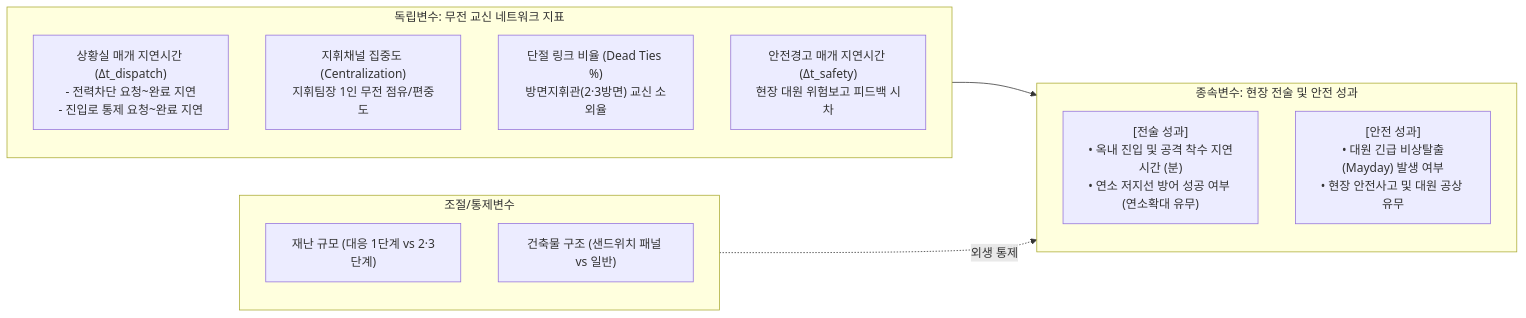
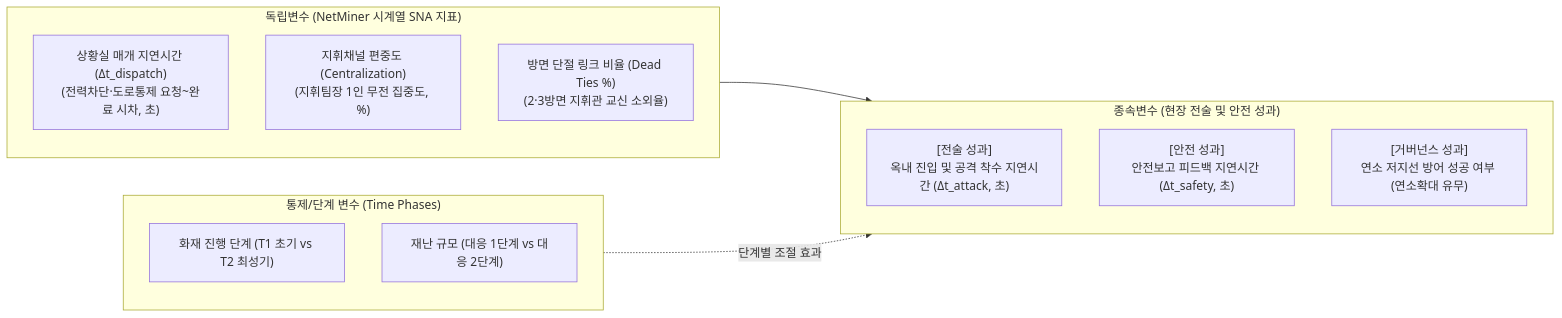
One commit to skang88/SNA changed the third of 4 diagrams in 소방_SNA_수업_연구계획서.md. Above: the diagram before and after it, drawn with Mermaid. The commit also changed other lines of this file and 2 other files, not shown here.

Commit message:
docs: 교재 제7장(Almquist et al., 2017) 벤치마킹 기반 소방 관제로그 시계열 SNA 연구계획서 개작 및 HTML 렌더링 오류 수정

````diff
--- a/소방_SNA_수업_연구계획서.md
+++ b/소방_SNA_수업_연구계획서.md
@@ -101,22 +107,22 @@
 ```mermaid
 flowchart LR
-    subgraph Independent["독립변수: 무전 교신 네트워크 지표"]
-        X1["상황실 매개 지연시간 (Δt_dispatch)<br/>- 전력차단 요청~완료 지연<br/>- 진입로 통제 요청~완료 지연"]
-        X2["지휘채널 집중도 (Centralization)<br/>지휘팀장 1인 무전 점유/편중도"]
-        X3["단절 링크 비율 (Dead Ties %)<br/>방면지휘관(2·3방면) 교신 소외율"]
-        X4["안전경고 매개 지연시간 (Δt_safety)<br/>현장 대원 위험보고 피드백 시차"]
+    subgraph Independent["독립변수 (NetMiner 시계열 SNA 지표)"]
+        X1["상황실 매개 지연시간 (Δt_dispatch)<br/>(전력차단·도로통제 요청~완료 시차, 초)"]
+        X2["지휘채널 편중도 (Centralization)<br/>(지휘팀장 1인 무전 집중도, %)"]
+        X3["방면 단절 링크 비율 (Dead Ties %)<br/>(2·3방면 지휘관 교신 소외율)"]
     end
 
-    subgraph Parameters["조절/통제변수"]
-        M1["재난 규모 (대응 1단계 vs 2·3단계)"]
-        M2["건축물 구조 (샌드위치 패널 vs 일반)"]
+    subgraph Moderating["통제/단계 변수 (Time Phases)"]
+        T1["화재 진행 단계 (T1 초기 vs T2 최성기)"]
+        T2["재난 규모 (대응 1단계 vs 대응 2단계)"]
     end
 
-    subgraph Dependent["종속변수: 현장 전술 및 안전 성과"]
-        Y1["[전술 성과]<br/>• 옥내 진입 및 공격 착수 지연시간 (분)<br/>• 연소 저지선 방어 성공 여부 (연소확대 유무)"]
-        Y2["[안전 성과]<br/>• 대원 긴급 비상탈출(Mayday) 발생 여부<br/>• 현장 안전사고 및 대원 공상 유무"]
+    subgraph Dependent["종속변수 (현장 전술 및 안전 성과)"]
+        Y1["[전술 성과]<br/>옥내 진입 및 공격 착수 지연시간 (Δt_attack, 초)"]
+        Y2["[안전 성과]<br/>안전보고 피드백 지연시간 (Δt_safety, 초)"]
+        Y3["[거버넌스 성과]<br/>연소 저지선 방어 성공 여부 (연소확대 유무)"]
     end
 
     Independent --> Dependent
-    Parameters -. "외생 통제" .-> Dependent
+    Moderating -. "단계별 조절 효과" .-> Dependent
 ```
````
